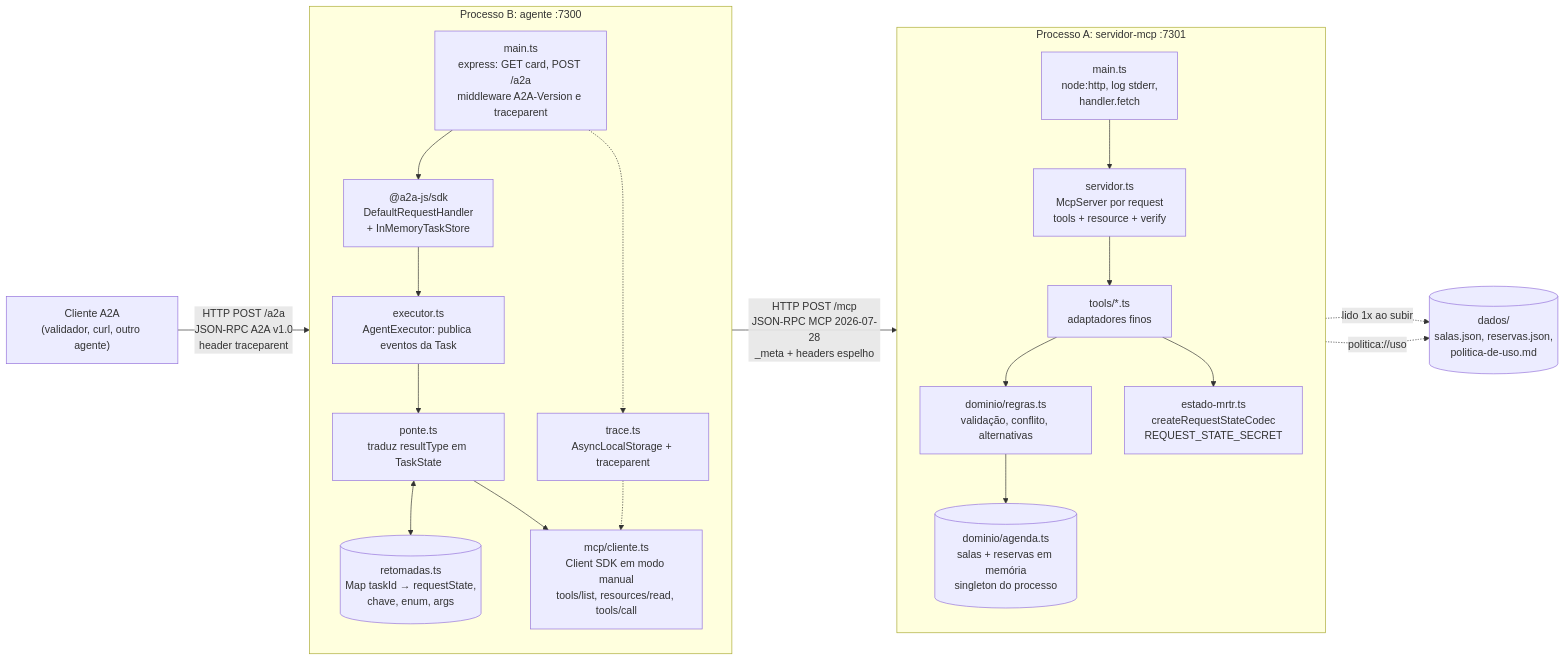
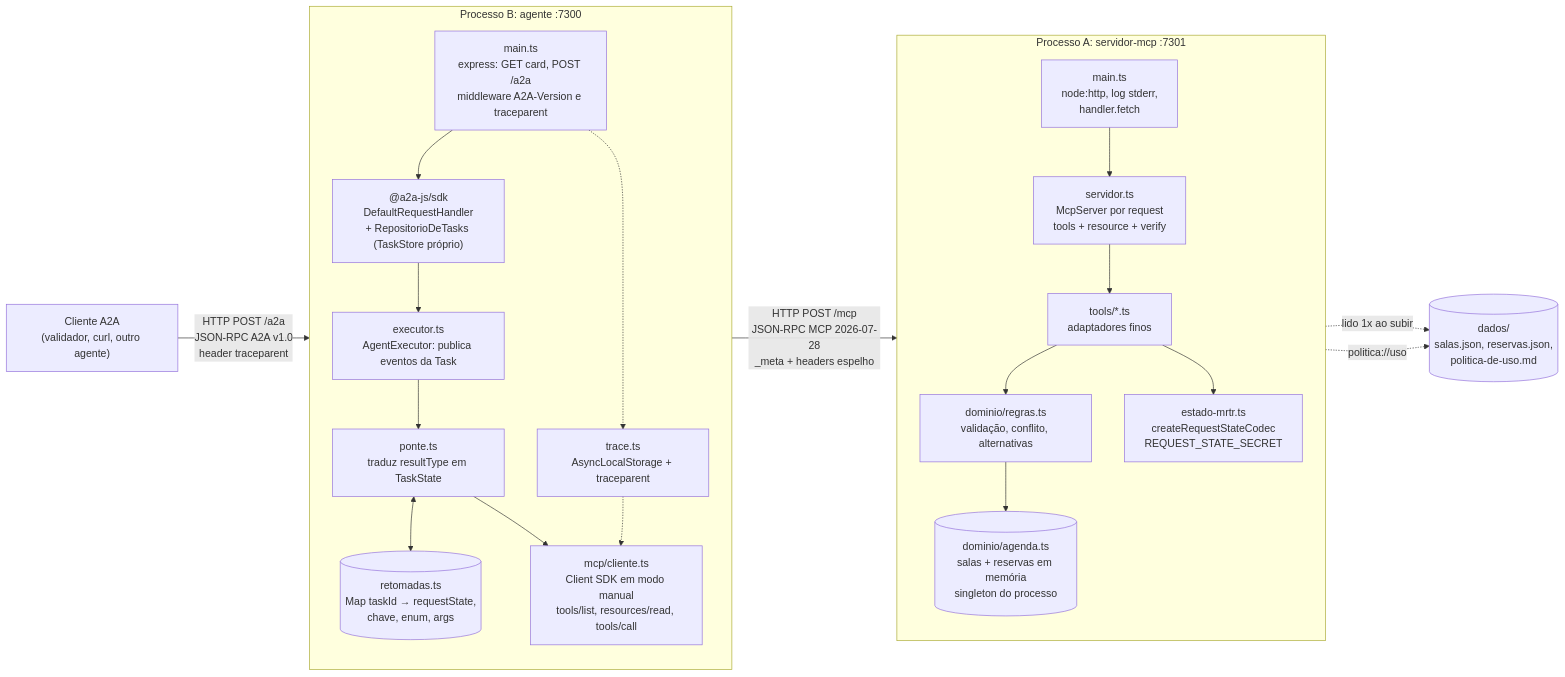
The first of 13 diagrams in ARQUITETURA.md (igorblopes/desafio-a2a-com-mcp), drawn with Mermaid before and after one commit. The commit also changed other lines of this file and 11 other files, not shown here.

````diff
--- a/ARQUITETURA.md
+++ b/ARQUITETURA.md
@@ -84,39 +84,39 @@
 ```mermaid
 flowchart LR
     C["Cliente A2A<br/>(validador, curl, outro agente)"]
 
     subgraph AG["Processo B: agente :7300"]
         direction TB
         HTTP_A["main.ts<br/>express: GET card, POST /a2a<br/>middleware A2A-Version e traceparent"]
-        SDK_A["@a2a-js/sdk<br/>DefaultRequestHandler<br/>+ InMemoryTaskStore"]
+        SDK_A["@a2a-js/sdk<br/>DefaultRequestHandler<br/>+ RepositorioDeTasks (TaskStore próprio)"]
         EXE["executor.ts<br/>AgentExecutor: publica eventos da Task"]
         PONTE["ponte.ts<br/>traduz resultType em TaskState"]
         RET[("retomadas.ts<br/>Map taskId → requestState,<br/>chave, enum, args")]
         CLI["mcp/cliente.ts<br/>Client SDK em modo manual<br/>tools/list, resources/read, tools/call"]
         TR["trace.ts<br/>AsyncLocalStorage + traceparent"]
         HTTP_A --> SDK_A --> EXE --> PONTE
         PONTE <--> RET
         PONTE --> CLI
         TR -.-> CLI
         HTTP_A -.-> TR
     end
 
     subgraph MS["Processo A: servidor-mcp :7301"]
         direction TB
         HTTP_M["main.ts<br/>node:http, log stderr,<br/>handler.fetch"]
         SRV["servidor.ts<br/>McpServer por request<br/>tools + resource + verify"]
         TOOLS["tools/*.ts<br/>adaptadores finos"]
         RS["estado-mrtr.ts<br/>createRequestStateCodec<br/>REQUEST_STATE_SECRET"]
         DOM["dominio/regras.ts<br/>validação, conflito, alternativas"]
         AGD[("dominio/agenda.ts<br/>salas + reservas em memória<br/>singleton do processo")]
         HTTP_M --> SRV --> TOOLS --> DOM --> AGD
         TOOLS --> RS
     end
 
     D[("dados/<br/>salas.json, reservas.json,<br/>politica-de-uso.md")]
 
     C -- "HTTP POST /a2a<br/>JSON-RPC A2A v1.0<br/>header traceparent" --> HTTP_A
     CLI -- "HTTP POST /mcp<br/>JSON-RPC MCP 2026-07-28<br/>_meta + headers espelho" --> HTTP_M
     AGD -. "lido 1x ao subir" .-> D
     SRV -. "politica://uso" .-> D
 ```
````
